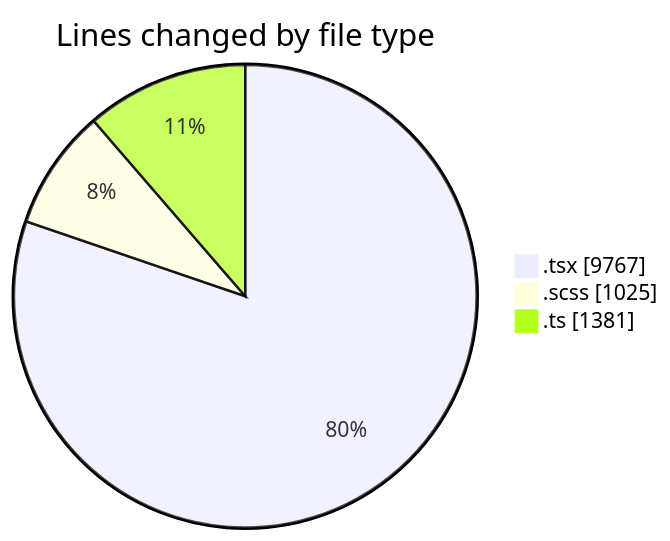
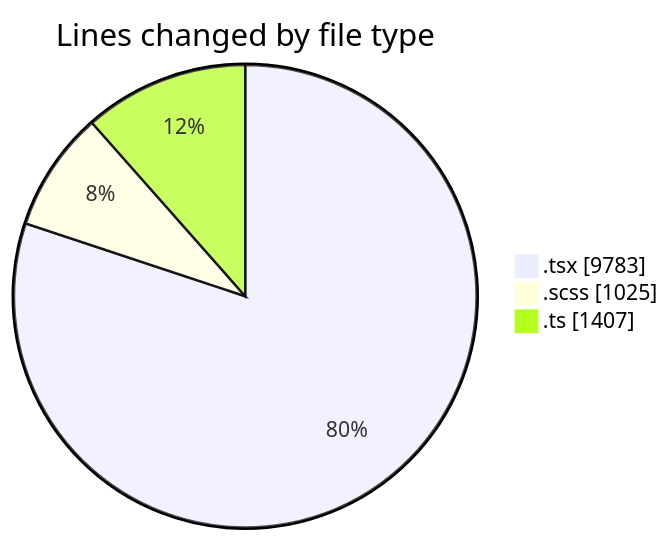
The first of 2 diagrams in 2026-05-01/cda/README.md (momahboobian/code-tracking), drawn with Mermaid before and after one commit. The commit also changed other lines of this file and 1 other file, not shown here.

````diff
--- a/2026-05-01/cda/README.md
+++ b/2026-05-01/cda/README.md
@@ -64,7 +64,7 @@
 ```mermaid
 pie showData
 title Lines changed by file type
-".tsx" : 9767
+".tsx" : 9783
 ".scss" : 1025
-".ts" : 1381
+".ts" : 1407
 ```
````
